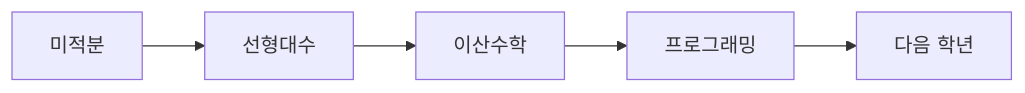
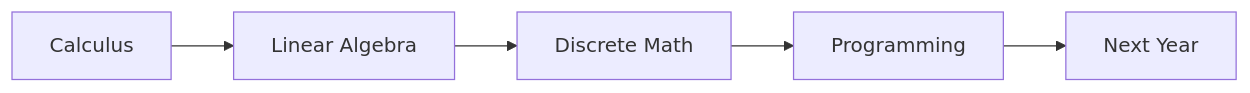
Before and after one commit to yeongseon-books/book-content: the diagram in content/computer-science-major-101/ko/02-first-year-subjects.md, drawn with Mermaid. The commit also changed other lines of this file and 9 other files, not shown here.

````diff
--- a/content/computer-science-major-101/ko/02-first-year-subjects.md
+++ b/content/computer-science-major-101/ko/02-first-year-subjects.md
@@ -55,7 +50,7 @@
 ```mermaid
 flowchart LR
-    C[미적분] --> L[선형대수]
-    L --> D[이산수학]
-    D --> P[프로그래밍]
-    P --> N[다음 학년]
+    C[Calculus] --> L[Linear Algebra]
+    L --> D[Discrete Math]
+    D --> P[Programming]
+    P --> N[Next Year]
 ```
````
